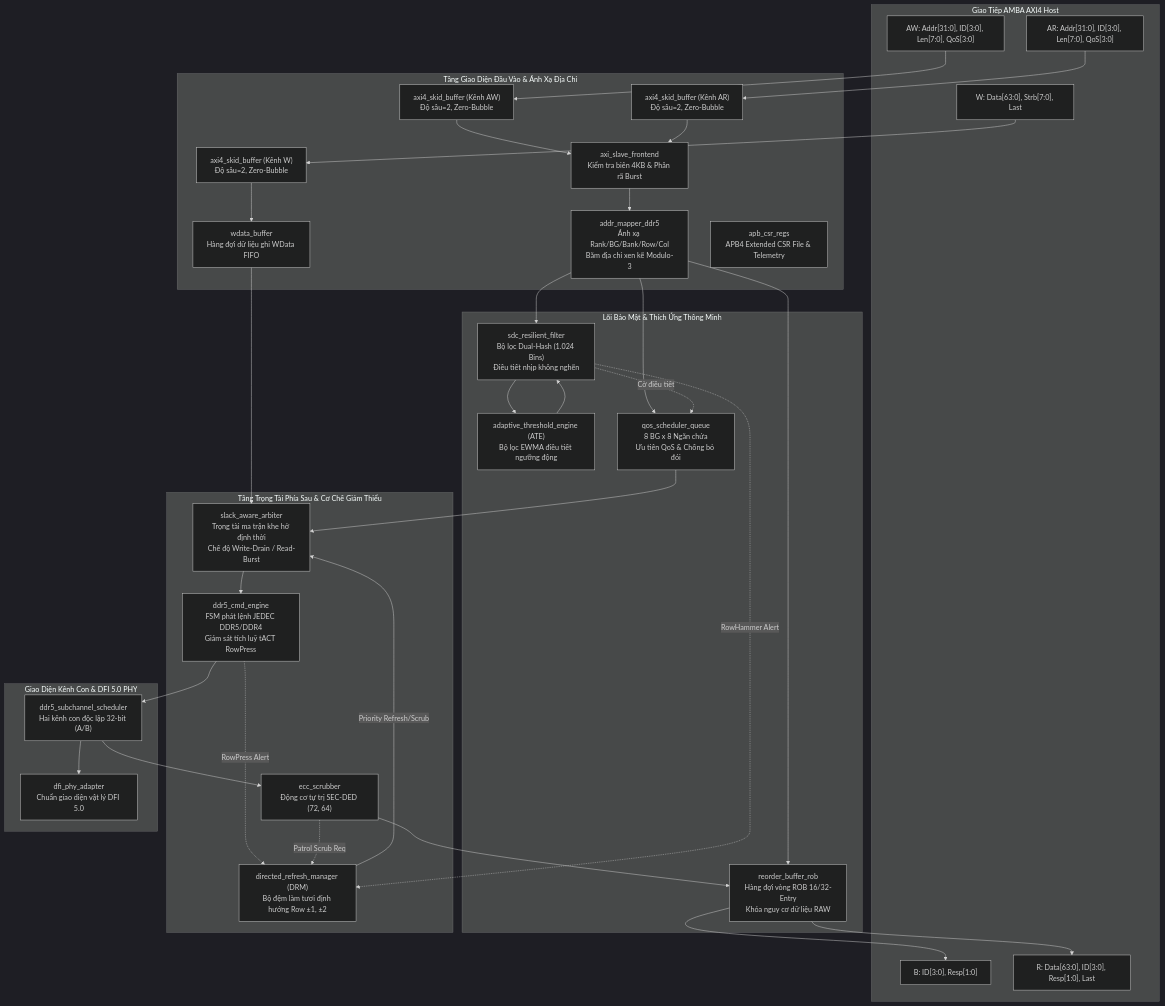
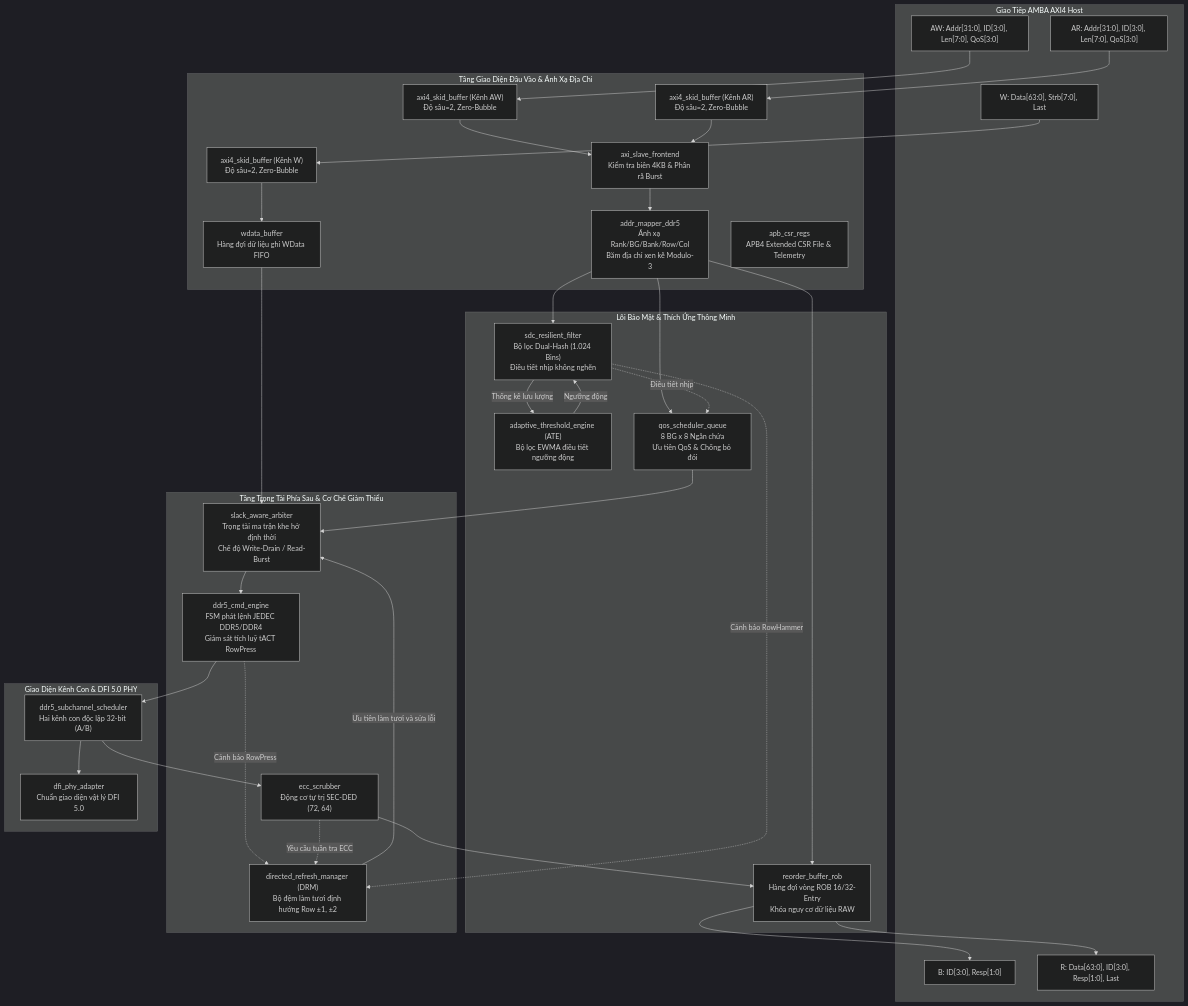
Before and after one commit to quachtuanthanh80-arch/DRAM: the first of 2 diagrams in README.md, drawn with Mermaid (dark theme). The commit also changed other lines of this file, not shown here.

Commit message:
docs(readme): fix badge formatting, sanitize mermaid diagrams, and decouple SOTA matrices

````diff
--- a/README.md
+++ b/README.md
@@ -29,62 +32,69 @@
 ```mermaid
-graph TB
+flowchart TD
     subgraph AXI4_Interface ["Giao Tiếp AMBA AXI4 Host"]
         AW["AW: Addr[31:0], ID[3:0], Len[7:0], QoS[3:0]"]
         W["W: Data[63:0], Strb[7:0], Last"]
         B["B: ID[3:0], Resp[1:0]"]
         AR["AR: Addr[31:0], ID[3:0], Len[7:0], QoS[3:0]"]
         R["R: Data[63:0], ID[3:0], Resp[1:0], Last"]
     end
 
     subgraph Frontend_Stage ["Tầng Giao Diện Đầu Vào & Ánh Xạ Địa Chỉ"]
         SKID_AW["axi4_skid_buffer (Kênh AW)<br/>Độ sâu=2, Zero-Bubble"]
         SKID_AR["axi4_skid_buffer (Kênh AR)<br/>Độ sâu=2, Zero-Bubble"]
         SKID_W["axi4_skid_buffer (Kênh W)<br/>Độ sâu=2, Zero-Bubble"]
         FE["axi_slave_frontend<br/>Kiểm tra biên 4KB & Phân rã Burst"]
         WBUF["wdata_buffer<br/>Hàng đợi dữ liệu ghi WData FIFO"]
         MAPPER["addr_mapper_ddr5<br/>Ánh xạ Rank/BG/Bank/Row/Col<br/>Băm địa chỉ xen kẽ Modulo-3"]
         CSR["apb_csr_regs<br/>APB4 Extended CSR File & Telemetry"]
     end
 
     subgraph Core_Engine ["Lõi Bảo Mật & Thích Ứng Thông Minh"]
         SDC["sdc_resilient_filter<br/>Bộ lọc Dual-Hash (1.024 Bins)<br/>Điều tiết nhịp không nghẽn"]
         ATE["adaptive_threshold_engine (ATE)<br/>Bộ lọc EWMA điều tiết ngưỡng động"]
         QOS["qos_scheduler_queue<br/>8 BG x 8 Ngăn chứa<br/>Ưu tiên QoS & Chống bỏ đói"]
         ROB["reorder_buffer_rob<br/>Hàng đợi vòng ROB 16/32-Entry<br/>Khóa nguy cơ dữ liệu RAW"]
     end
 
     subgraph Backend_Stage ["Tầng Trọng Tài Phía Sau & Cơ Chế Giảm Thiểu"]
         ARB["slack_aware_arbiter<br/>Trọng tài ma trận khe hở định thời<br/>Chế độ Write-Drain / Read-Burst"]
         DRM["directed_refresh_manager (DRM)<br/>Bộ đệm làm tươi định hướng Row ±1, ±2"]
         ENGINE["ddr5_cmd_engine<br/>FSM phát lệnh JEDEC DDR5/DDR4<br/>Giám sát tích luỹ tACT RowPress"]
         ECC["ecc_scrubber<br/>Động cơ tự trị SEC-DED (72, 64)"]
     end
 
     subgraph Memory_PHY ["Giao Diện Kênh Con & DFI 5.0 PHY"]
         SCHED["ddr5_subchannel_scheduler<br/>Hai kênh con độc lập 32-bit (A/B)"]
         DFI["dfi_phy_adapter<br/>Chuẩn giao diện vật lý DFI 5.0"]
     end
 
-    AW --> SKID_AW --> FE
-    AR --> SKID_AR --> FE
-    W --> SKID_W --> WBUF
+    AW --> SKID_AW
+    SKID_AW --> FE
+    AR --> SKID_AR
+    SKID_AR --> FE
+    W --> SKID_W
+    SKID_W --> WBUF
+
     FE --> MAPPER
     MAPPER --> SDC
     MAPPER --> QOS
     MAPPER --> ROB
     WBUF --> ARB
-    SDC -.->|Cờ điều tiết| QOS
-    SDC --> ATE --> SDC
-    SDC -.->|RowHammer Alert| DRM
-    ENGINE -.->|RowPress Alert| DRM
-    ECC -.->|Patrol Scrub Req| DRM
-    DRM -->|Priority Refresh/Scrub| ARB
+
+    SDC -.->|Điều tiết nhịp| QOS
+    SDC -->|Thống kê lưu lượng| ATE
+    ATE -->|Ngưỡng động| SDC
+    SDC -.->|Cảnh báo RowHammer| DRM
+    ENGINE -.->|Cảnh báo RowPress| DRM
+    ECC -.->|Yêu cầu tuần tra ECC| DRM
+
+    DRM -->|Ưu tiên làm tươi và sửa lỗi| ARB
     QOS --> ARB
     ARB --> ENGINE
     ENGINE --> SCHED
     SCHED --> DFI
     SCHED --> ECC
     ECC --> ROB
     ROB --> R
     ROB --> B
 ```
````
